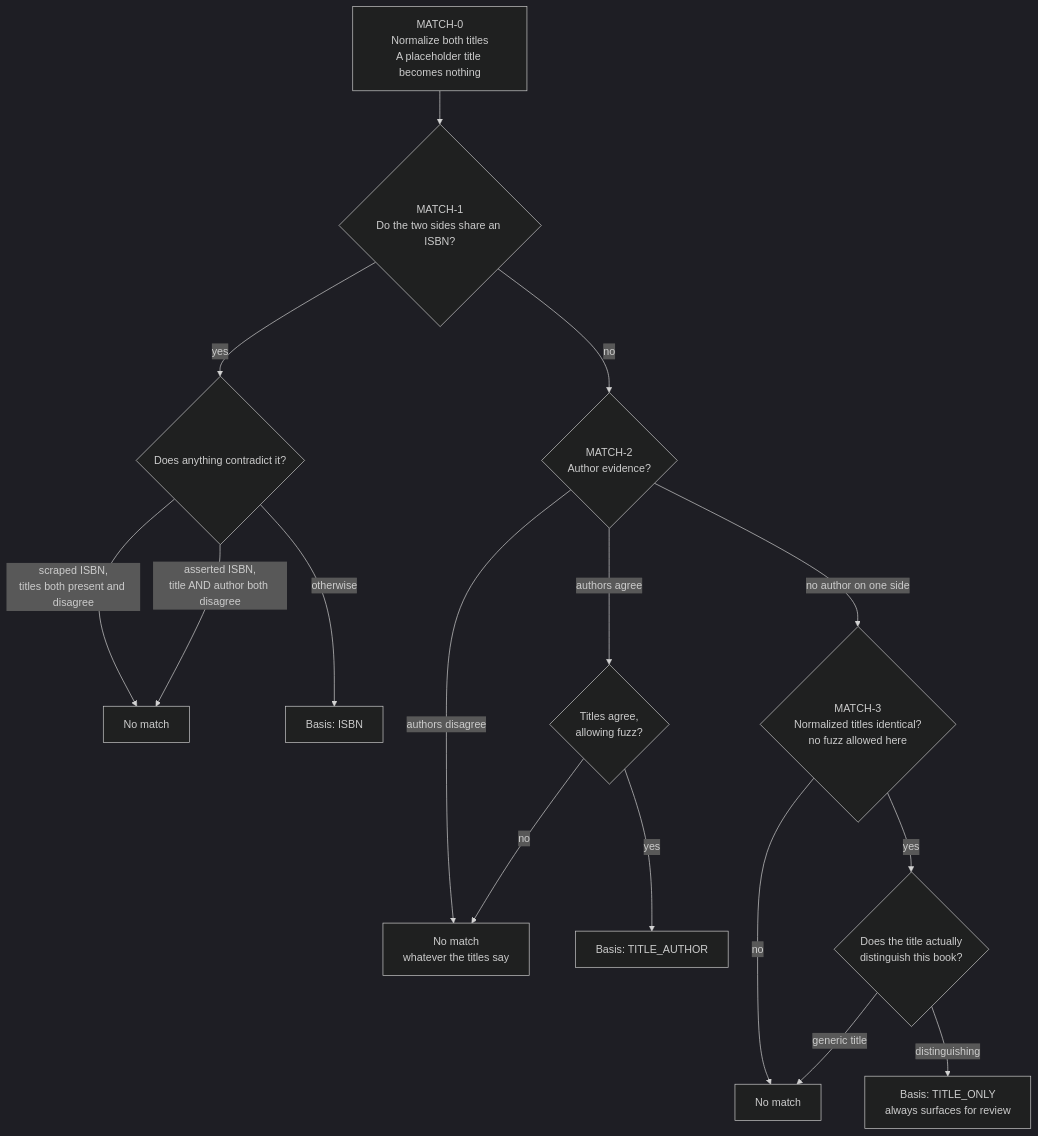
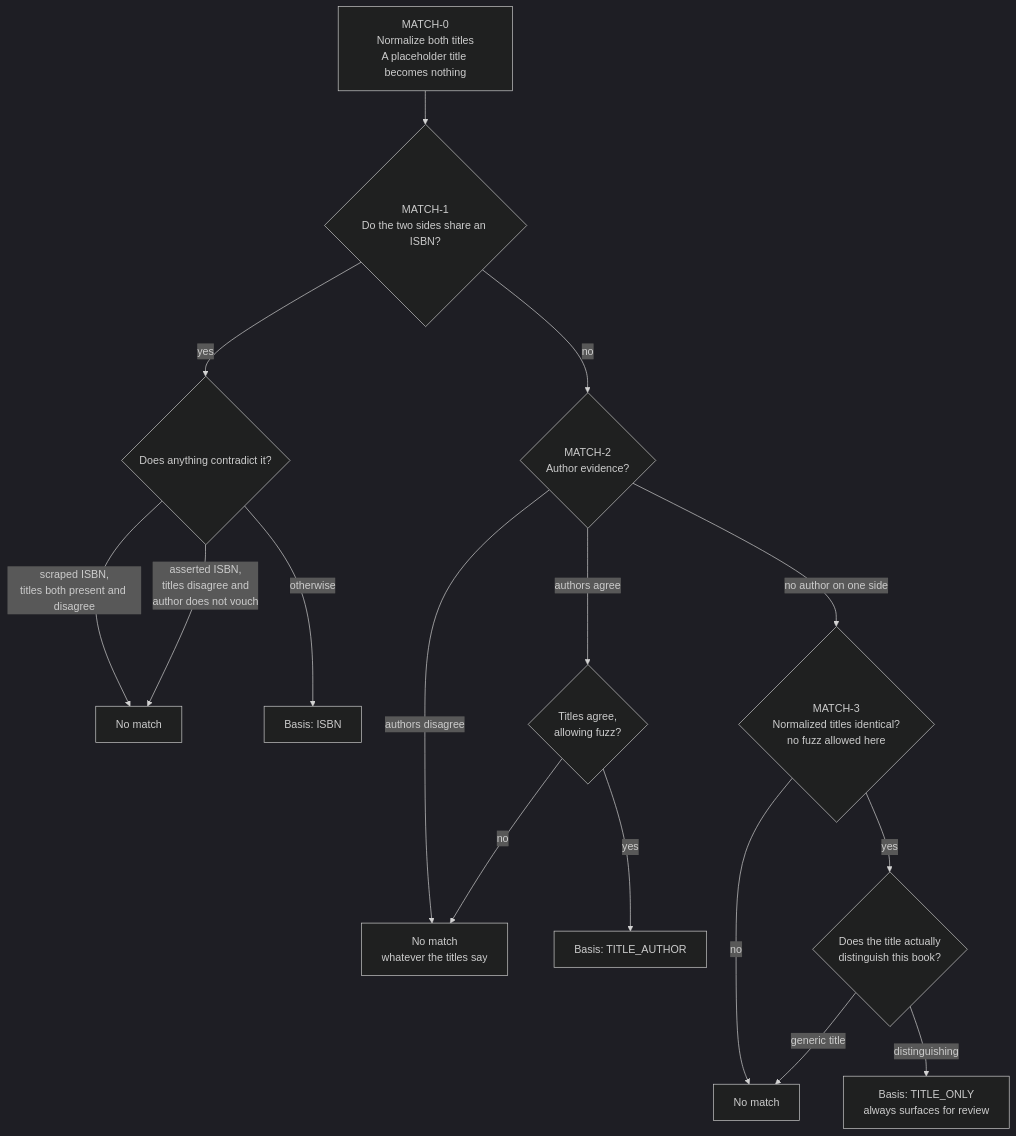
Before and after one commit to konoerik/bookman: the second of 2 diagrams in docs/IDENTIFICATION.md, drawn with Mermaid (dark theme). The commit also changed other lines of this file and 13 other files, not shown here.

````diff
--- a/docs/IDENTIFICATION.md
+++ b/docs/IDENTIFICATION.md
@@ -99,24 +99,24 @@
 ```mermaid
 flowchart TD
     N["MATCH-0<br/>Normalize both titles<br/>A placeholder title becomes nothing"]
 
     N --> M1{"MATCH-1<br/>Do the two sides share an ISBN?"}
 
     M1 -->|yes| M1G{"Does anything contradict it?"}
     M1G -->|"scraped ISBN,<br/>titles both present and disagree"| NO1["No match"]
-    M1G -->|"asserted ISBN,<br/>title AND author both disagree"| NO1
+    M1G -->|"asserted ISBN,<br/>titles disagree and<br/>author does not vouch"| NO1
     M1G -->|"otherwise"| ISBN["Basis: ISBN"]
 
     M1 -->|no| M2{"MATCH-2<br/>Author evidence?"}
 
     M2 -->|"authors disagree"| NO2["No match<br/>whatever the titles say"]
     M2 -->|"authors agree"| M2T{"Titles agree,<br/>allowing fuzz?"}
     M2T -->|yes| TA["Basis: TITLE_AUTHOR"]
     M2T -->|no| NO2
 
     M2 -->|"no author on one side"| M3{"MATCH-3<br/>Normalized titles identical?<br/>no fuzz allowed here"}
     M3 -->|no| NO3["No match"]
     M3 -->|yes| M3G{"Does the title actually<br/>distinguish this book?"}
     M3G -->|"generic title"| NO3
     M3G -->|"distinguishing"| TO["Basis: TITLE_ONLY<br/>always surfaces for review"]
 ```
````
